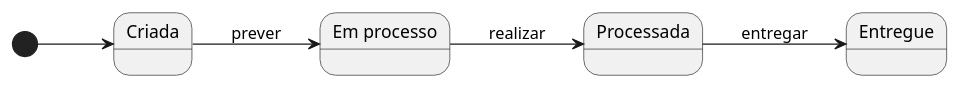
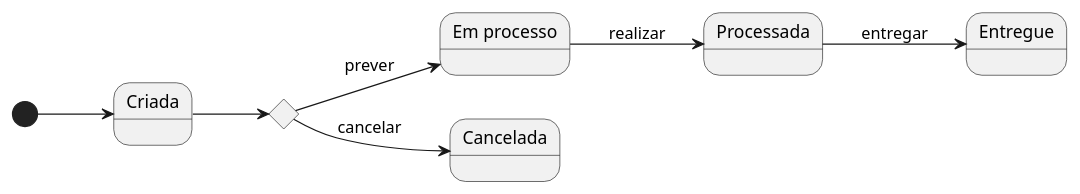
One commit to TiagoNora/ballerina-project changed the diagram in design/stateDiagramOrder.puml. Above: the diagram before and after it, drawn with PlantUML. The commit also changed 77 other files, not shown here.

```diff
--- a/design/stateDiagramOrder.puml
+++ b/design/stateDiagramOrder.puml
@@ -1,25 +1,33 @@
 @startuml
 left to right direction
 
 [*] --> Criada
 
 state Criada {
 }
 
 state "Em processo" as aprocessar {
 
 }
 
 state Processada {
 
 }
 
 state Entregue {
 }
 
-Criada --> aprocessar : prever
+state Cancelada{
+
+}
+
+state c <<choice>>
+
+Criada --> c
+c --> aprocessar: prever
 aprocessar   --> Processada: realizar
 Processada  --> Entregue: entregar
+c --> Cancelada: cancelar
 
 
 @enduml
```
